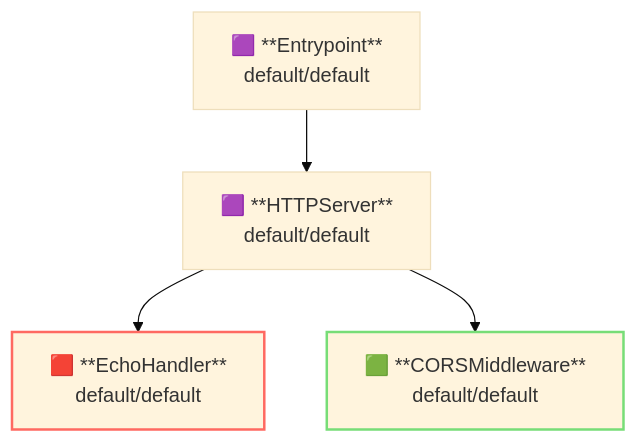
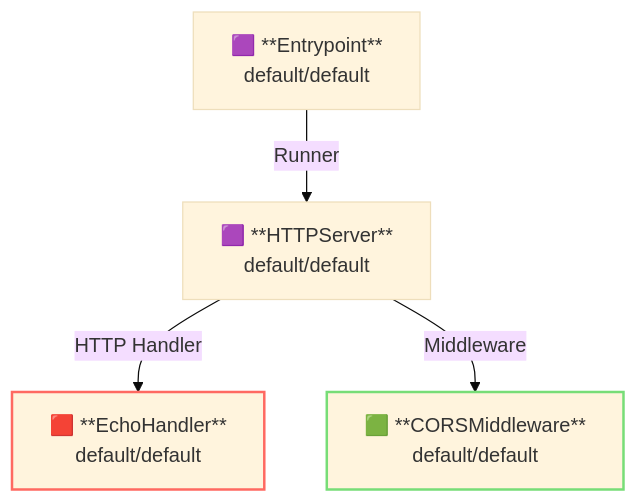
Before and after one commit to aileron-gateway/aileron-gateway: the second of 2 diagrams in examples/cors/README.md, drawn with Mermaid (base theme). The commit also changed other lines of this file and 244 other files, not shown here.

````diff
--- a/examples/cors/README.md
+++ b/examples/cors/README.md
@@ -101,14 +65,14 @@
 ```mermaid
 graph TD
   Entrypoint["🟪 **Entrypoint**</br>default/default"]
   HTTPServer["🟪 **HTTPServer**</br>default/default"]
   EchoHandler["🟥 **EchoHandler**</br>default/default"]
   CORSMiddleware["🟩 **CORSMiddleware**</br>default/default"]
 
-Entrypoint --> HTTPServer
-HTTPServer --> EchoHandler
-HTTPServer --> CORSMiddleware
+Entrypoint --"Runner"--> HTTPServer
+HTTPServer --"HTTP Handler"--> EchoHandler
+HTTPServer --"Middleware"--> CORSMiddleware
 
 style EchoHandler stroke:#ff6961,stroke-width:2px
 style CORSMiddleware stroke:#77dd77,stroke-width:2px
 ```
````
